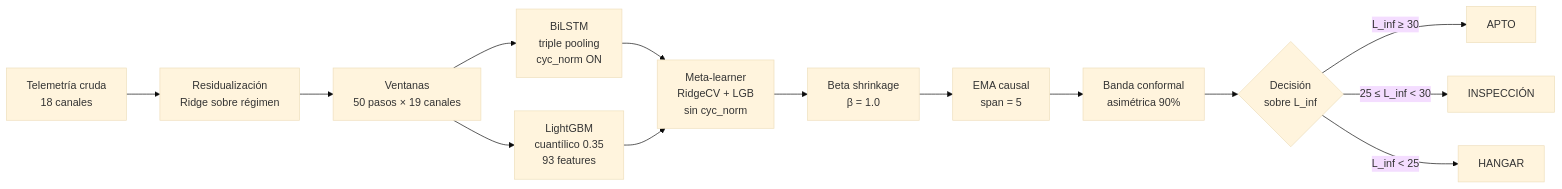
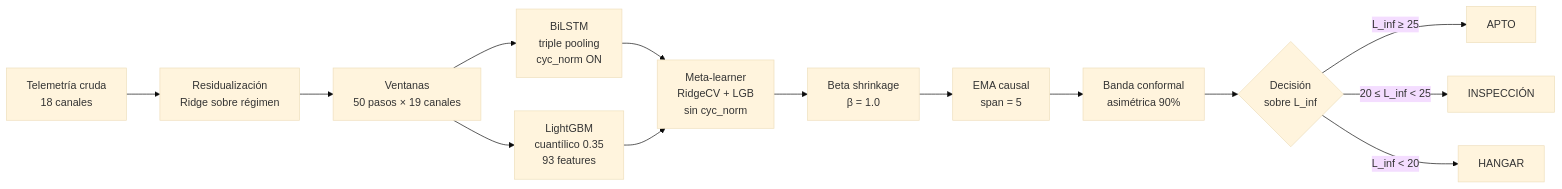
The diagram in README.md (mikelrh-dev/nasa-rul-ds02), drawn with Mermaid (base theme) before and after one commit. The commit also changed other lines of this file and 11 other files, not shown here.

````diff
--- a/README.md
+++ b/README.md
@@ -142,19 +156,19 @@
 ```mermaid
 flowchart LR
     accTitle: Arquitectura del modelo híbrido DS02
     accDescr: Pipeline de inferencia: telemetría → residualización → ventanas → BiLSTM + LightGBM → stacking → EMA → banda conformal → decisión.
 
     A[Telemetría cruda<br/>18 canales] --> B[Residualización<br/>Ridge sobre régimen]
     B --> C[Ventanas<br/>50 pasos × 19 canales]
     C --> D[BiLSTM<br/>triple pooling<br/>cyc_norm ON]
     C --> E[LightGBM<br/>cuantílico 0.35<br/>93 features]
     D --> F[Meta-learner<br/>RidgeCV + LGB<br/>sin cyc_norm]
     E --> F
     F --> G[Beta shrinkage<br/>β = 1.0]
     G --> H[EMA causal<br/>span = 5]
     H --> I[Banda conformal<br/>asimétrica 90%]
     I --> J{Decisión<br/>sobre L_inf}
-    J -->|L_inf ≥ 30| K[APTO]
-    J -->|25 ≤ L_inf < 30| L[INSPECCIÓN]
-    J -->|L_inf < 25| M[HANGAR]
+    J -->|L_inf ≥ 25| K[APTO]
+    J -->|20 ≤ L_inf < 25| L[INSPECCIÓN]
+    J -->|L_inf < 20| M[HANGAR]
 ```
````
